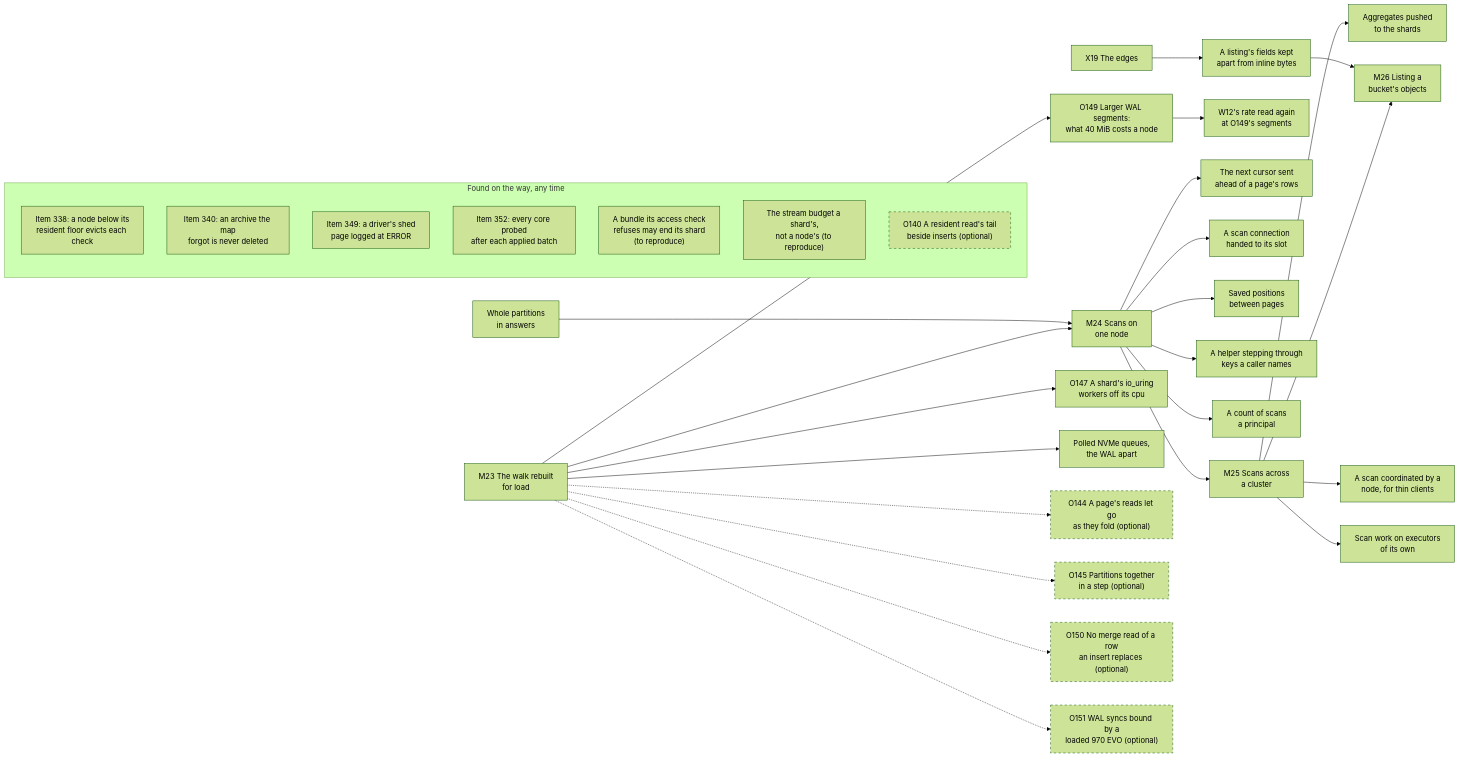
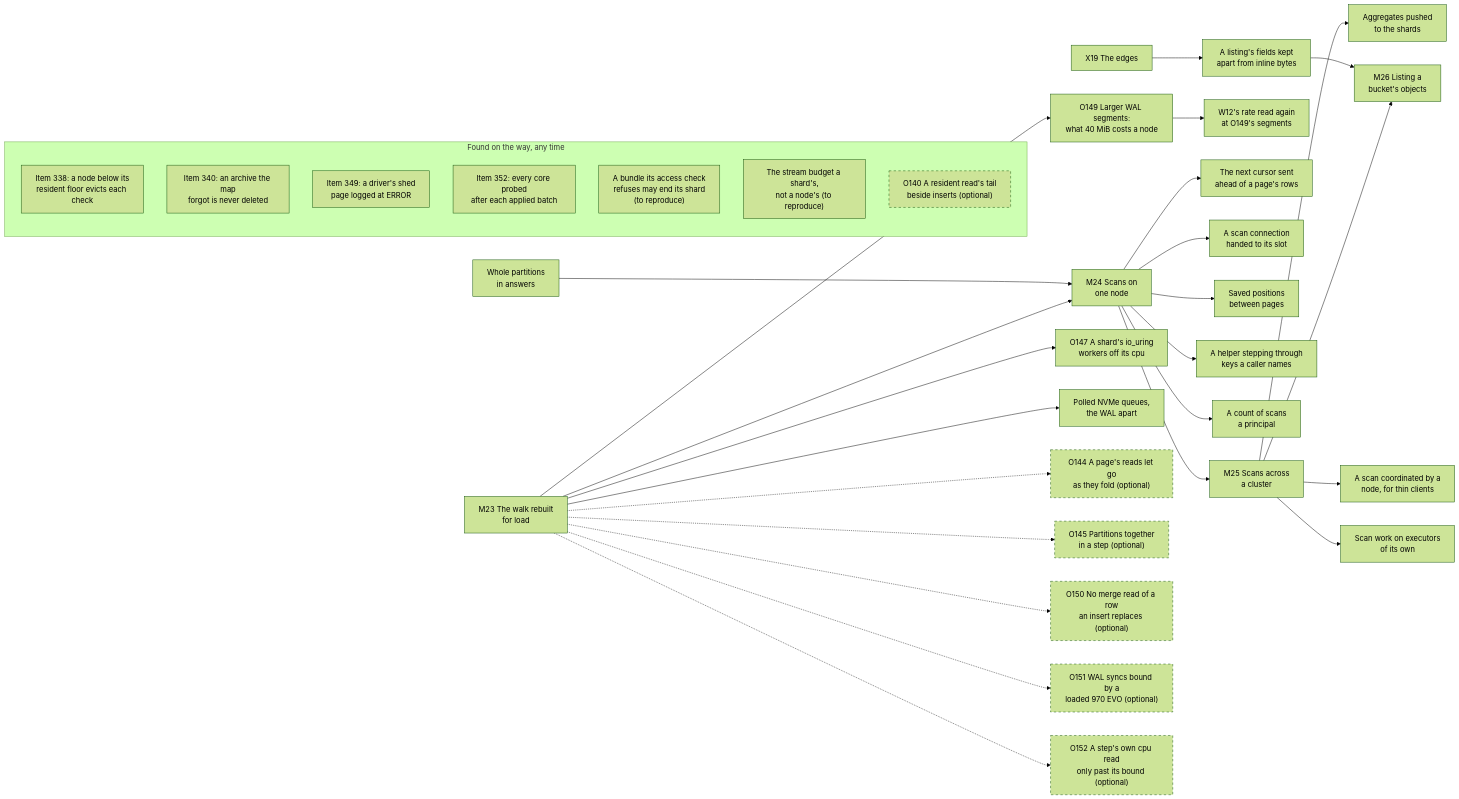
The fourth of 5 diagrams in docs/src/future-work/scans/whats-left-todo.md (mjcarson/shoal), drawn with Mermaid (forest theme) before and after one commit. The commit also changed other lines of this file and 29 other files, not shown here.

````diff
--- a/docs/src/future-work/scans/whats-left-todo.md
+++ b/docs/src/future-work/scans/whats-left-todo.md
@@ -198,56 +201,58 @@
 ```mermaid
 flowchart LR
     classDef done fill:#2e7d32,stroke:#1b5e20,color:#ffffff
     classDef optional stroke-dasharray: 5 5
     M23["M23 The walk rebuilt<br>for load"]
     M24["M24 Scans on<br>one node"]
     M25["M25 Scans across<br>a cluster"]
     M26["M26 Listing a<br>bucket's objects"]
     X19["X19 The edges"]
     Whole["Whole partitions<br>in answers"]
     O149["O149 Larger WAL segments:<br>what 40 MiB costs a node"]
     Rate["W12's rate read again<br>at O149's segments"]
     O147["O147 A shard's io_uring<br>workers off its cpu"]
     Host["Polled NVMe queues,<br>the WAL apart"]
     O144["O144 A page's reads let go<br>as they fold (optional)"]:::optional
     O145["O145 Partitions together<br>in a step (optional)"]:::optional
     O150["O150 No merge read of a row<br>an insert replaces (optional)"]:::optional
     O151["O151 WAL syncs bound by a<br>loaded 970 EVO (optional)"]:::optional
+    O152["O152 A step's own cpu read<br>only past its bound (optional)"]:::optional
     Cursor["The next cursor sent<br>ahead of a page's rows"]
     Handoff["A scan connection<br>handed to its slot"]
     Saved["Saved positions<br>between pages"]
     Helper["A helper stepping through<br>keys a caller names"]
     Principal["A count of scans<br>a principal"]
     Agg["Aggregates pushed<br>to the shards"]
     Coord["A scan coordinated by a<br>node, for thin clients"]
     Exec["Scan work on executors<br>of its own"]
     Apart["A listing's fields kept<br>apart from inline bytes"]
     M23 --> M24 --> M25 --> M26
     M23 --> O149 --> Rate
     M23 --> O147
     M23 --> Host
     M23 -.-> O144
     M23 -.-> O145
     M23 -.-> O150
     M23 -.-> O151
+    M23 -.-> O152
     Whole --> M24
     M24 --> Cursor
     M24 --> Handoff
     M24 --> Saved
     M24 --> Helper
     M24 --> Principal
     M25 --> Agg
     M25 --> Coord
     M25 --> Exec
     X19 --> Apart --> M26
     subgraph found["Found on the way, any time"]
         direction TB
         I338["Item 338: a node below its<br>resident floor evicts each check"]
         I340["Item 340: an archive the map<br>forgot is never deleted"]
         I349["Item 349: a driver's shed<br>page logged at ERROR"]
         I352["Item 352: every core probed<br>after each applied batch"]
         Access["A bundle its access check<br>refuses may end its shard<br>(to reproduce)"]
         Streams["The stream budget a shard's,<br>not a node's (to reproduce)"]
         O140["O140 A resident read's tail<br>beside inserts (optional)"]:::optional
     end
 ```
````
